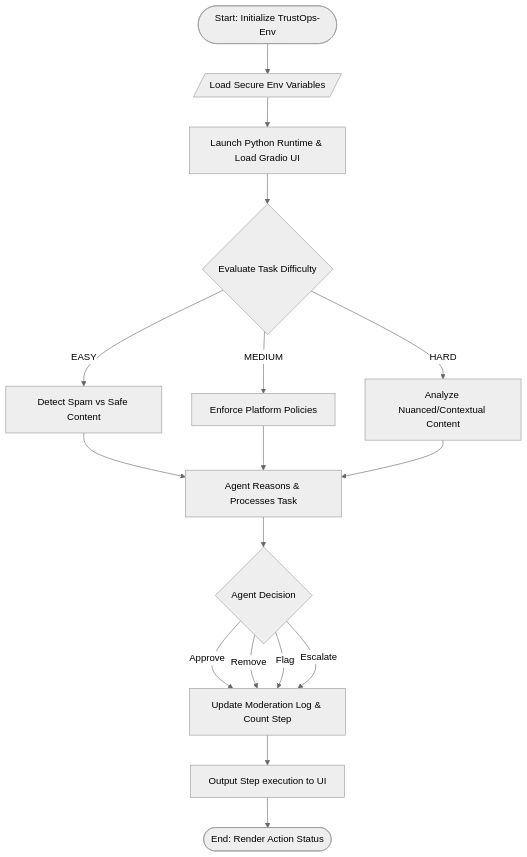
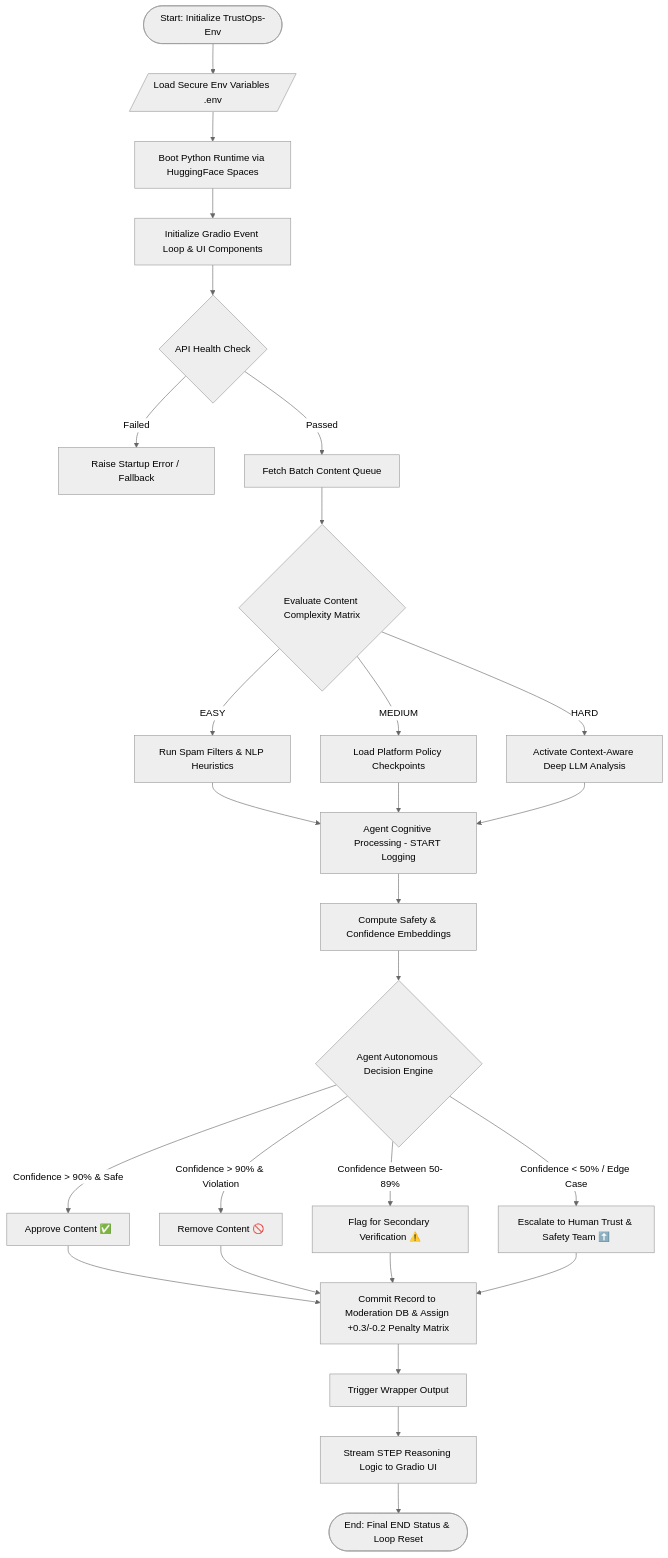
The fourth of 15 diagrams in core_concept.md (Anubhav741/ThinkSync), drawn with Mermaid (neutral theme) before and after one commit. The commit also changed other lines of this file, not shown here.

````diff
--- a/core_concept.md
+++ b/core_concept.md
@@ -88,28 +88,37 @@
 ```mermaid
 flowchart TD
-
-A([Start: Initialize TrustOps-Env]) --> B[/Load Secure Env Variables/]
-
-B --> C[Launch Python Runtime & Load Gradio UI]
-
-C --> D{Evaluate Task Difficulty}
-
-D -->|EASY| E[Detect Spam vs Safe Content]
-D -->|MEDIUM| F[Enforce Platform Policies]
-D -->|HARD| G[Analyze Nuanced/Contextual Content]
-
-E --> H[Agent Reasons & Processes Task]
-F --> H
-G --> H
-
-H --> I{Agent Decision}
-
-I -->|Approve| J[Update Moderation Log & Count Step]
-I -->|Remove| J
-I -->|Flag| J
-I -->|Escalate| J
-
-J --> K[Output Step execution to UI]
-
-K --> L([End: Render Action Status])
+    A([Start: Initialize TrustOps-Env]) --> B[/Load Secure Env Variables .env /]
+    B --> C[Boot Python Runtime via HuggingFace Spaces]
+    C --> D[Initialize Gradio Event Loop & UI Components]
+    
+    D --> E{API Health Check}
+    E -->|Failed| F[Raise Startup Error / Fallback]
+    E -->|Passed| G[Fetch Batch Content Queue]
+    
+    G --> H{Evaluate Content Complexity Matrix}
+    
+    H -->|EASY| I[Run Spam Filters & NLP Heuristics]
+    H -->|MEDIUM| J[Load Platform Policy Checkpoints]
+    H -->|HARD| K[Activate Context-Aware Deep LLM Analysis]
+    
+    I --> L[Agent Cognitive Processing - START Logging]
+    J --> L
+    K --> L
+    
+    L --> M[Compute Safety & Confidence Embeddings]
+    M --> N{Agent Autonomous Decision Engine}
+    
+    N -->|Confidence > 90% & Safe| O[Approve Content ✅]
+    N -->|Confidence > 90% & Violation| P[Remove Content 🚫]
+    N -->|Confidence Between 50-89%| Q[Flag for Secondary Verification ⚠️]
+    N -->|Confidence < 50% / Edge Case| R[Escalate to Human Trust & Safety Team ⬆️]
+    
+    O --> S[Commit Record to Moderation DB & Assign +0.3/-0.2 Penalty Matrix]
+    P --> S
+    Q --> S
+    R --> S
+    
+    S --> T[Trigger Wrapper Output]
+    T --> U[Stream STEP Reasoning Logic to Gradio UI]
+    U --> V([End: Final END Status & Loop Reset])
 ```
````
